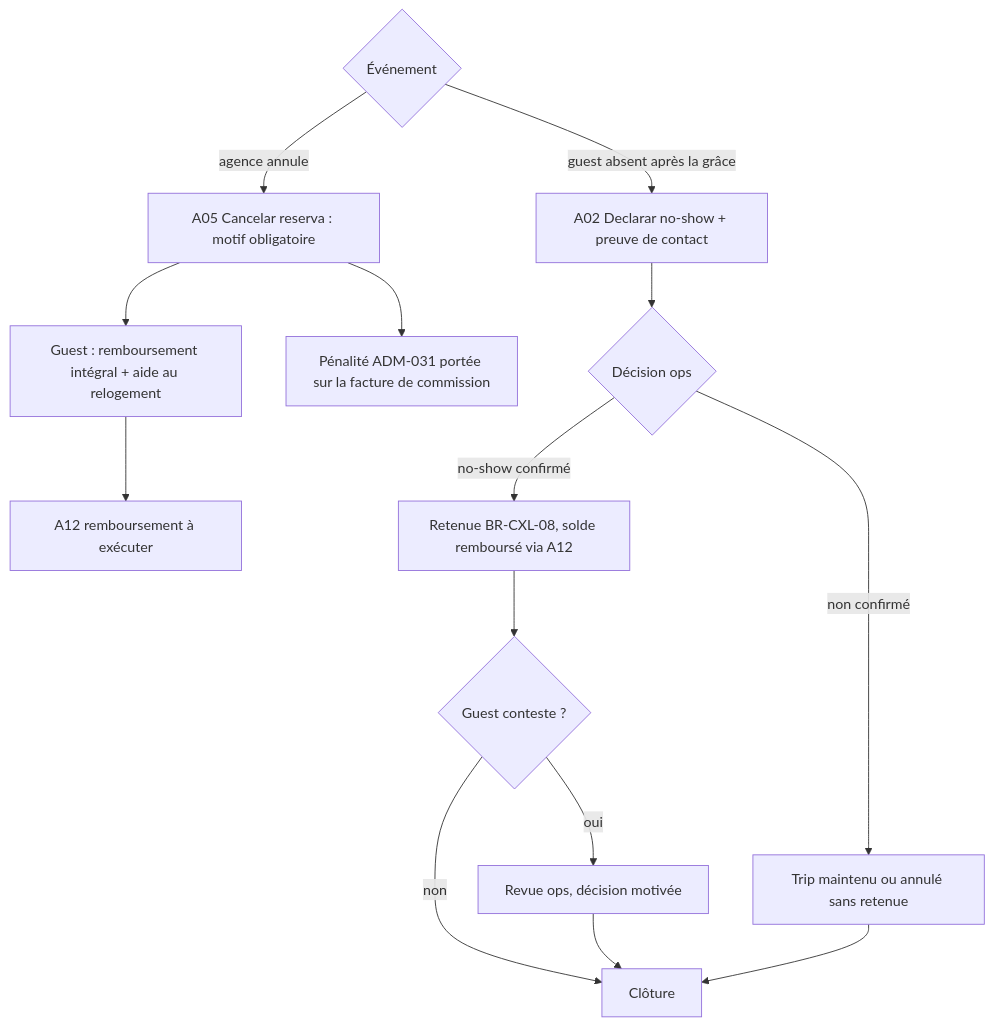
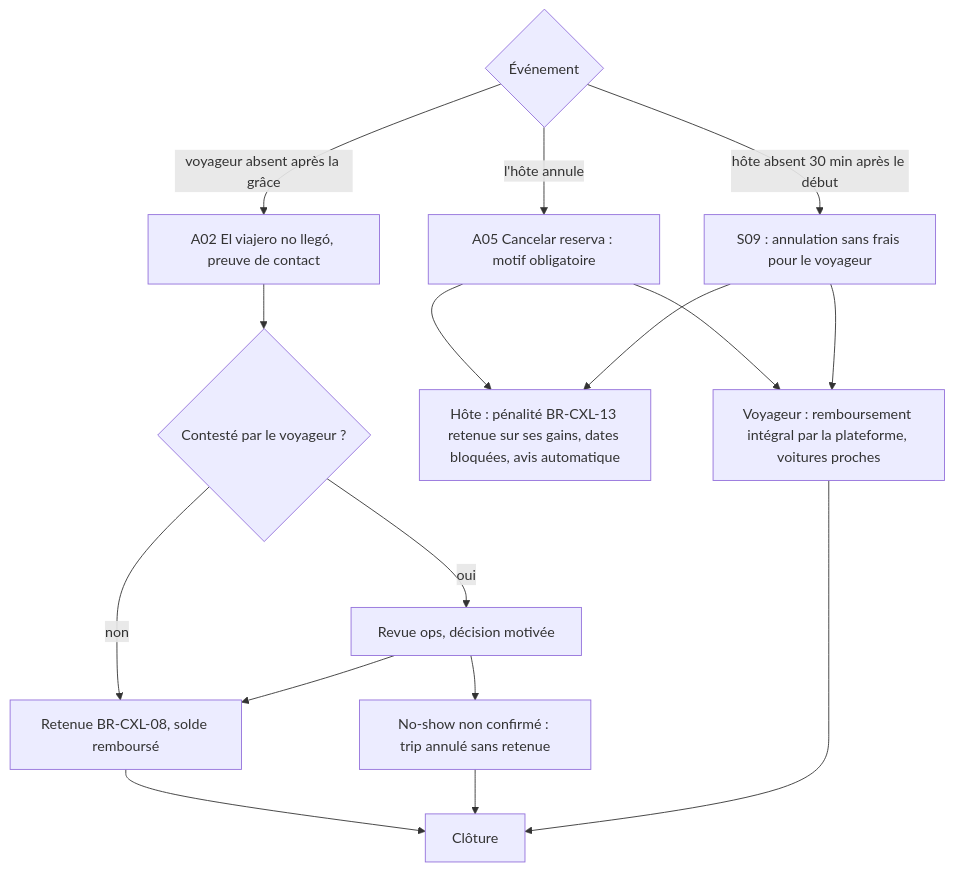
One commit to Noamgitpty/rueda changed the eighth of 10 diagrams in docs/specs/10b_UX_UI_ANALYSIS.md. Above: the diagram before and after it, drawn with Mermaid. The commit also changed other lines of this file and 2 other files, not shown here.

````diff
--- a/docs/specs/10b_UX_UI_ANALYSIS.md
+++ b/docs/specs/10b_UX_UI_ANALYSIS.md
@@ -681,16 +707,18 @@
 ```mermaid
 flowchart TD
-  A{"Événement"} -->|agence annule| B["A05 Cancelar reserva : motif obligatoire"]
-  B --> B1["Guest : remboursement intégral + aide au relogement"]
-  B1 --> B2["A12 remboursement à exécuter"]
-  B --> B3["Pénalité ADM-031 portée sur la facture de commission"]
-  A -->|guest absent après la grâce| C["A02 Declarar no-show + preuve de contact"]
-  C --> D{"Décision ops"}
-  D -->|no-show confirmé| E["Retenue BR-CXL-08, solde remboursé via A12"]
-  D -->|non confirmé| F["Trip maintenu ou annulé sans retenue"]
-  E --> G{"Guest conteste ?"}
-  G -->|oui| H["Revue ops, décision motivée"]
-  G -->|non| I["Clôture"]
-  H --> I
+  A{"Événement"} -->|l'hôte annule| B["A05 Cancelar reserva : motif obligatoire"]
+  B --> B1["Voyageur : remboursement intégral par la plateforme, voitures proches"]
+  B --> B3["Hôte : pénalité BR-CXL-13 retenue sur ses gains, dates bloquées, avis automatique"]
+  A -->|voyageur absent après la grâce| C["A02 El viajero no llegó, preuve de contact"]
+  C --> D{"Contesté par le voyageur ?"}
+  D -->|non| E["Retenue BR-CXL-08, solde remboursé"]
+  D -->|oui| H["Revue ops, décision motivée"]
+  H --> E
+  H --> F["No-show non confirmé : trip annulé sans retenue"]
+  A -->|hôte absent 30 min après le début| N["S09 : annulation sans frais pour le voyageur"]
+  N --> B1
+  N --> B3
+  E --> I["Clôture"]
   F --> I
+  B1 --> I
 ```
````
